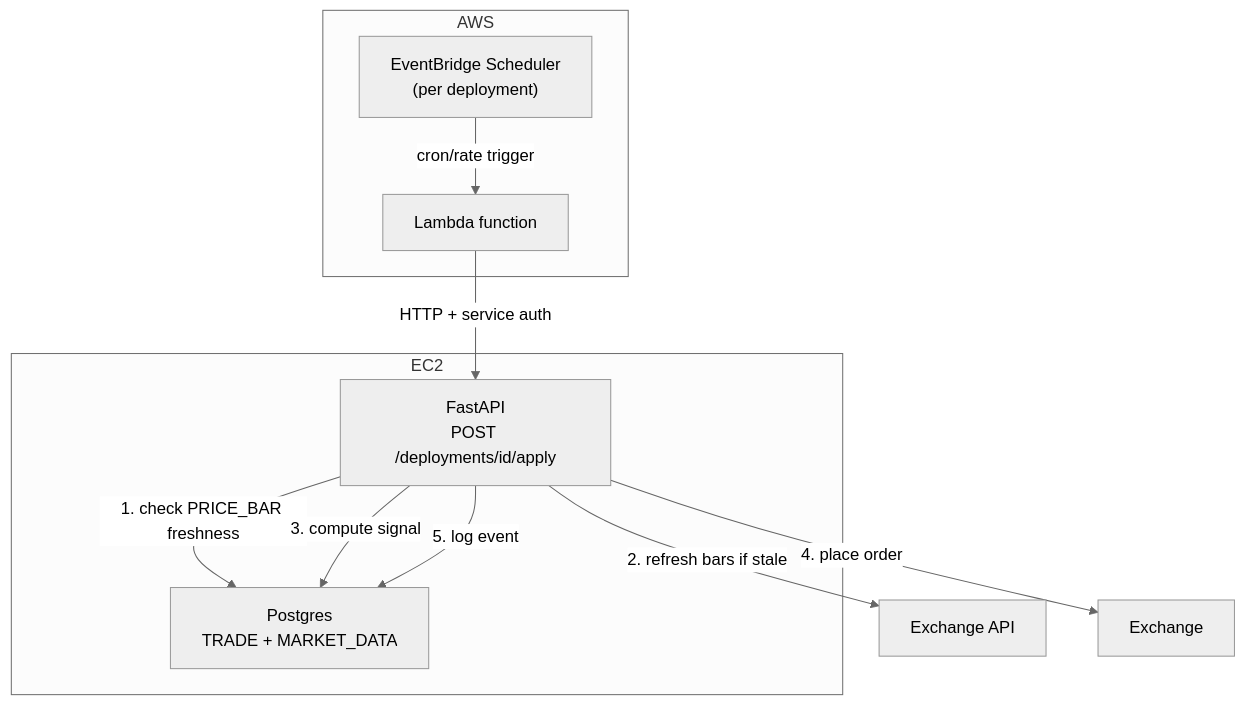
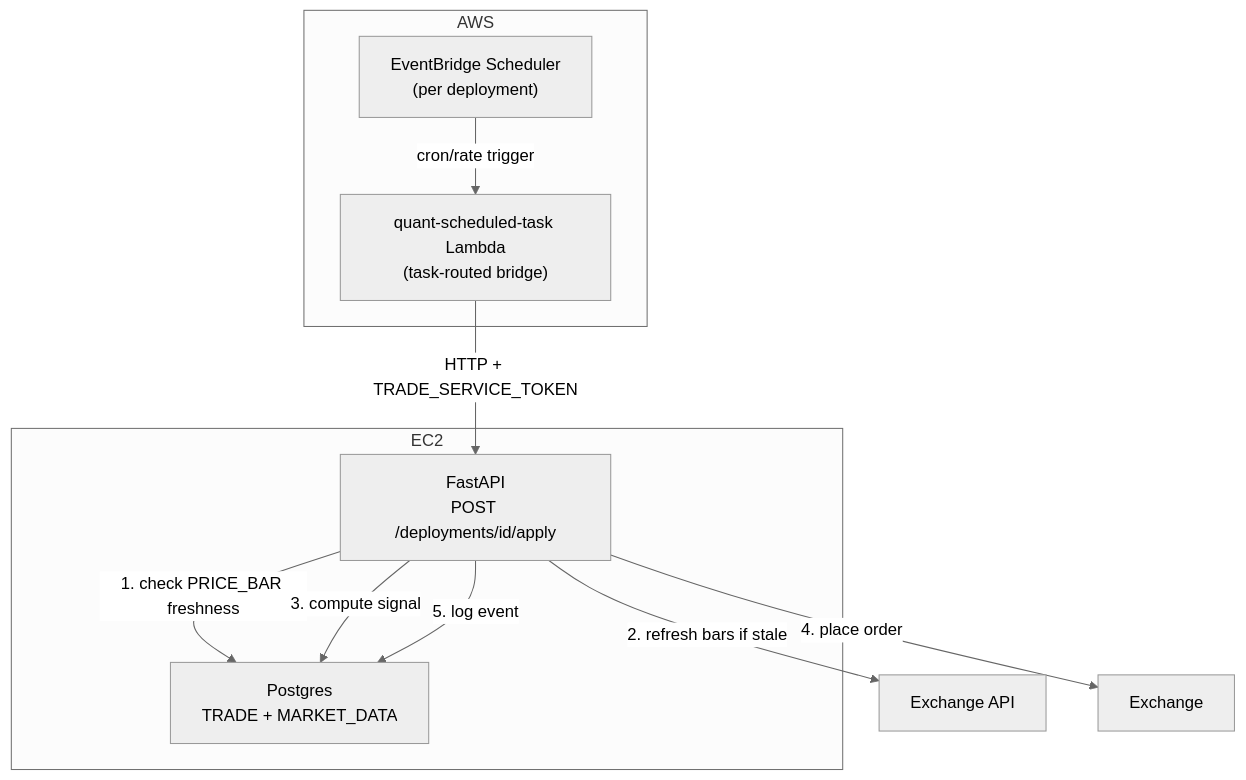
One commit to alfred1123/Quant_Strategies changed the second of 2 diagrams in docs/design/scheduler-price-bars.md. Above: the diagram before and after it, drawn with Mermaid (neutral theme). The commit also changed other lines of this file and 9 other files, not shown here.

First line of the commit message:
Add EventBridge scheduler stack with task-routed Lambda for trade apply

````diff
--- a/docs/design/scheduler-price-bars.md
+++ b/docs/design/scheduler-price-bars.md
@@ -307,19 +307,19 @@
 ```mermaid
 flowchart TB
   subgraph aws [AWS]
     EB["EventBridge Scheduler<br/>(per deployment)"]
-    LAMBDA["Lambda function"]
+    LAMBDA["quant-scheduled-task Lambda<br/>(task-routed bridge)"]
   end
   subgraph ec2 [EC2]
     API["FastAPI<br/>POST /deployments/id/apply"]
     PG["Postgres<br/>TRADE + MARKET_DATA"]
   end
 
   EB -->|"cron/rate trigger"| LAMBDA
-  LAMBDA -->|"HTTP + service auth"| API
+  LAMBDA -->|"HTTP + TRADE_SERVICE_TOKEN"| API
   API -->|"1. check PRICE_BAR freshness"| PG
   API -->|"2. refresh bars if stale"| CCXT["Exchange API"]
   API -->|"3. compute signal"| PG
   API -->|"4. place order"| BROKER["Exchange"]
   API -->|"5. log event"| PG
 ```
````
